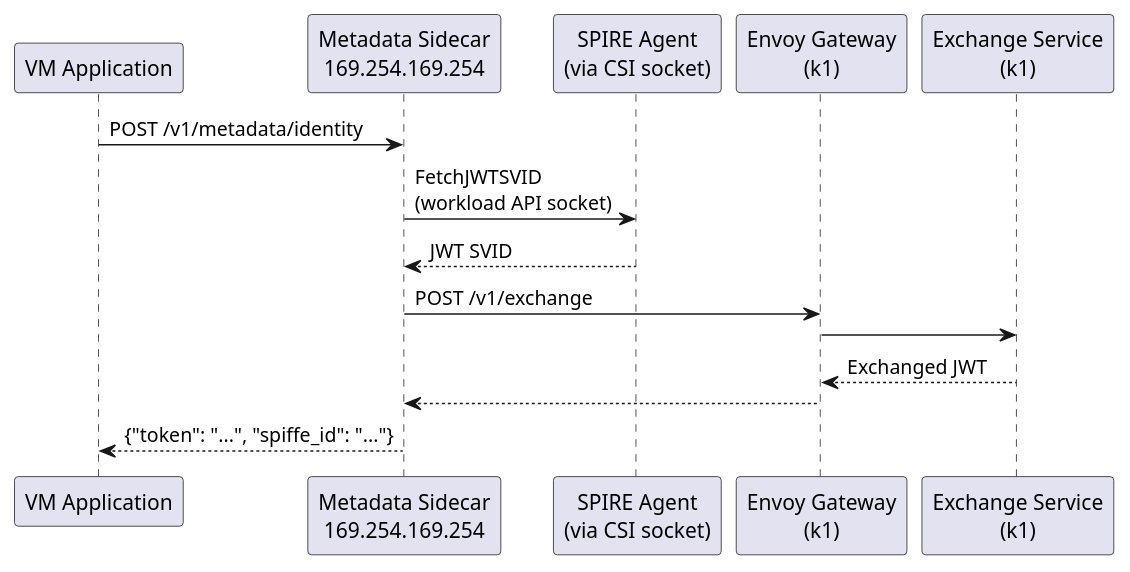
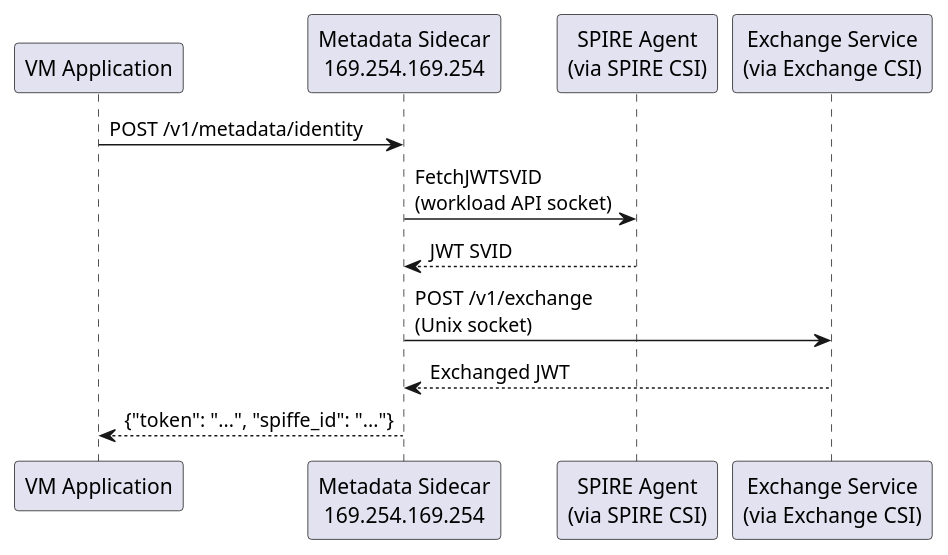
Before and after one commit to dsx-ai-factory/nvidia-workload-identity: the fourth of 4 diagrams in README.md, drawn with PlantUML. The commit also changed other lines of this file and 48 other files, not shown here.

````diff
--- a/README.md
+++ b/README.md
@@ -216,18 +262,15 @@
 ```plantuml
 @startuml
 participant "VM Application" as App
 participant "Metadata Sidecar\n169.254.169.254" as Meta
-participant "SPIRE Agent\n(via CSI socket)" as Agent
-participant "Envoy Gateway\n(k1)" as GW1
-participant "Exchange Service\n(k1)" as Exchange
+participant "SPIRE Agent\n(via SPIRE CSI)" as Agent
+participant "Exchange Service\n(via Exchange CSI)" as Exchange
 
 App -> Meta : POST /v1/metadata/identity
 Meta -> Agent : FetchJWTSVID\n(workload API socket)
 Agent --> Meta : JWT SVID
-Meta -> GW1 : POST /v1/exchange
-GW1 -> Exchange
-Exchange --> GW1 : Exchanged JWT
-GW1 --> Meta
+Meta -> Exchange : POST /v1/exchange\n(Unix socket)
+Exchange --> Meta : Exchanged JWT
 Meta --> App : {"token": "...", "spiffe_id": "..."}
 @enduml
 ```
````
